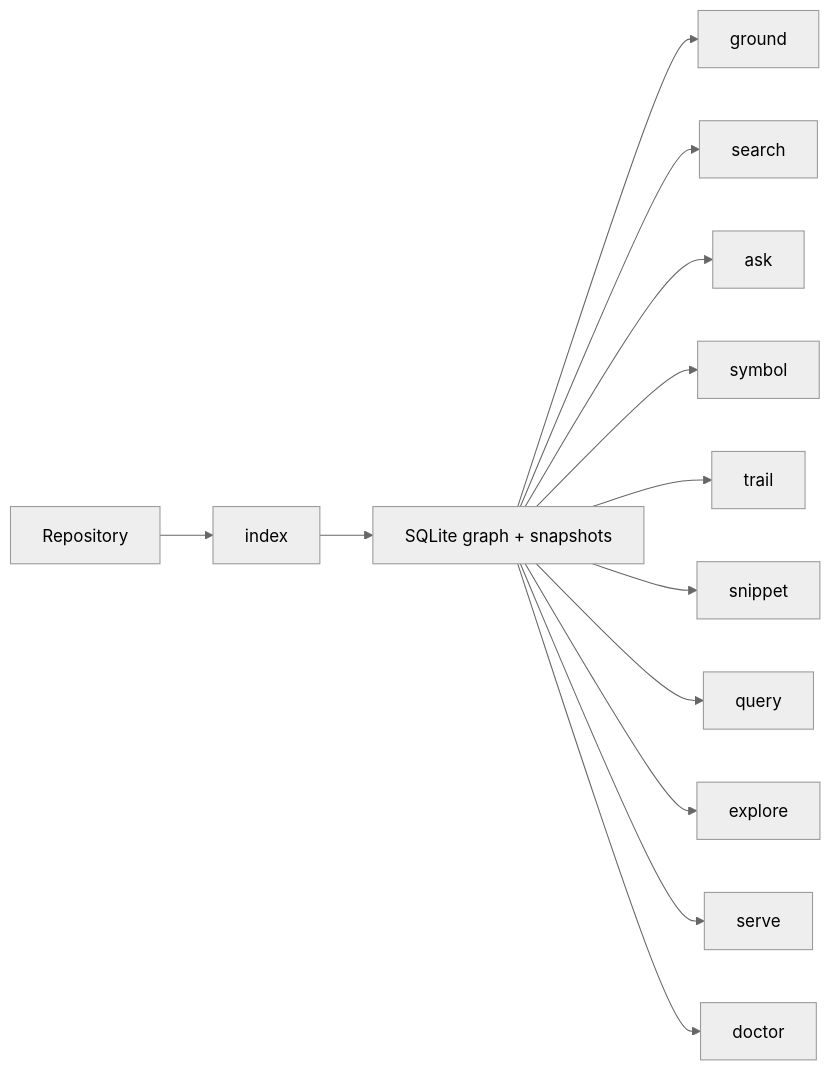
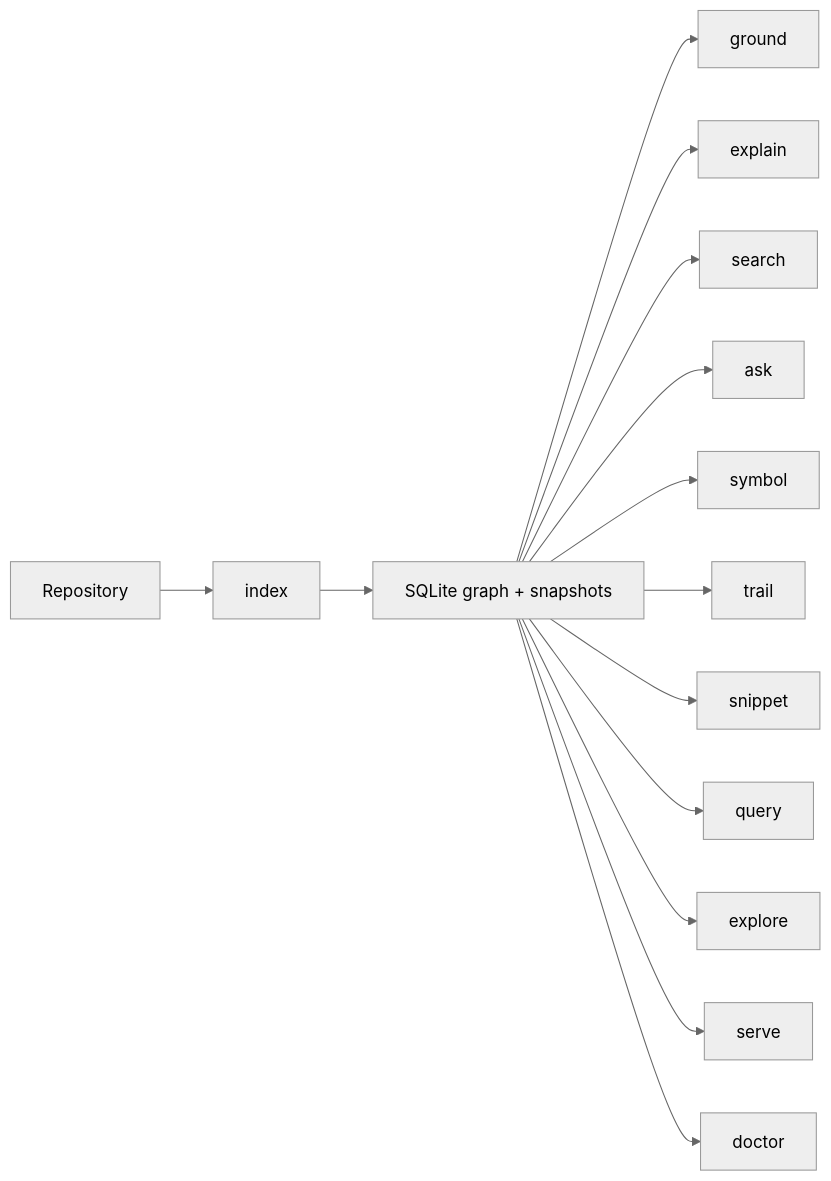
Before and after one commit to TheGreenCedar/CodeStory: the second of 2 diagrams in README.md, drawn with Mermaid (neutral theme). The commit also changed other lines of this file and 12 other files, not shown here.

Commit message:
tighten repo explanation flow

````diff
--- a/README.md
+++ b/README.md
@@ -112,15 +113,16 @@
 ```mermaid
 flowchart LR
     Project["Repository"] --> Index["index"]
     Index["index"] --> LocalState["SQLite graph + snapshots"]
     LocalState --> Ground["ground"]
+    LocalState --> Explain["explain"]
     LocalState --> Search["search"]
     LocalState --> Ask["ask"]
     LocalState --> Symbol["symbol"]
     LocalState --> Trail["trail"]
     LocalState --> Snippet["snippet"]
     LocalState --> Query["query"]
     LocalState --> Explore["explore"]
     LocalState --> Serve["serve"]
     LocalState --> Doctor["doctor"]
 ```
````
